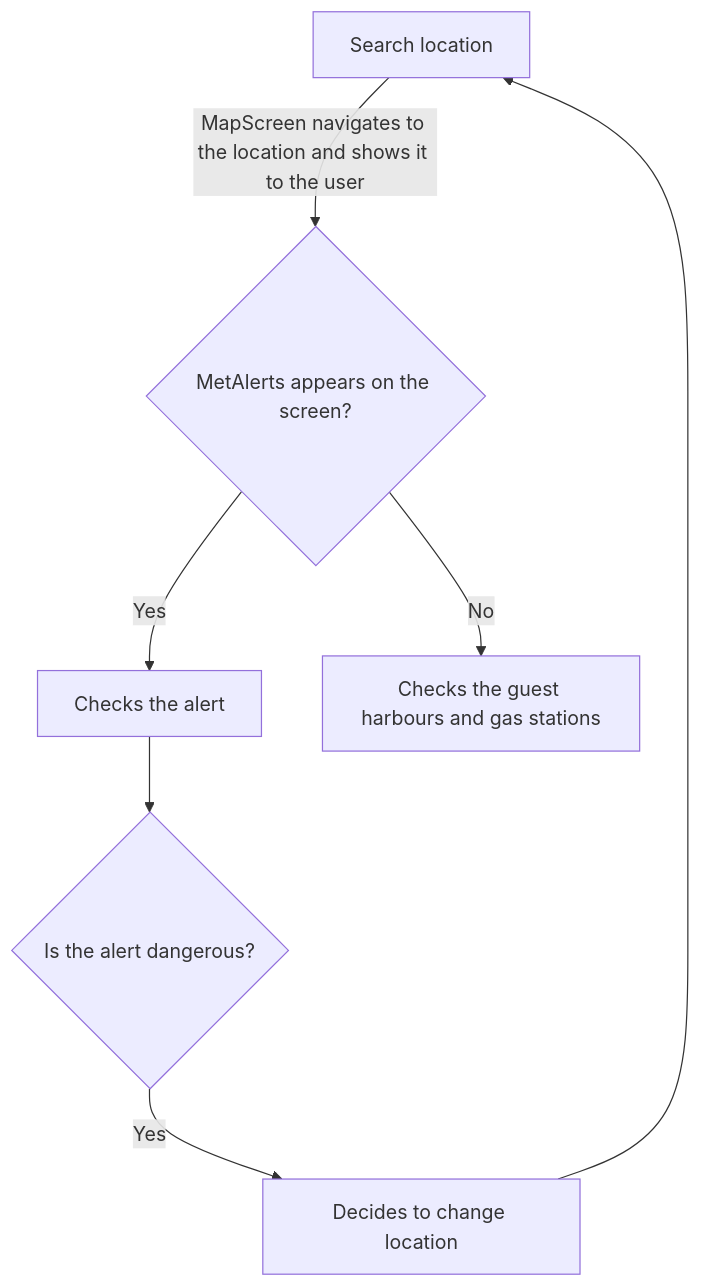
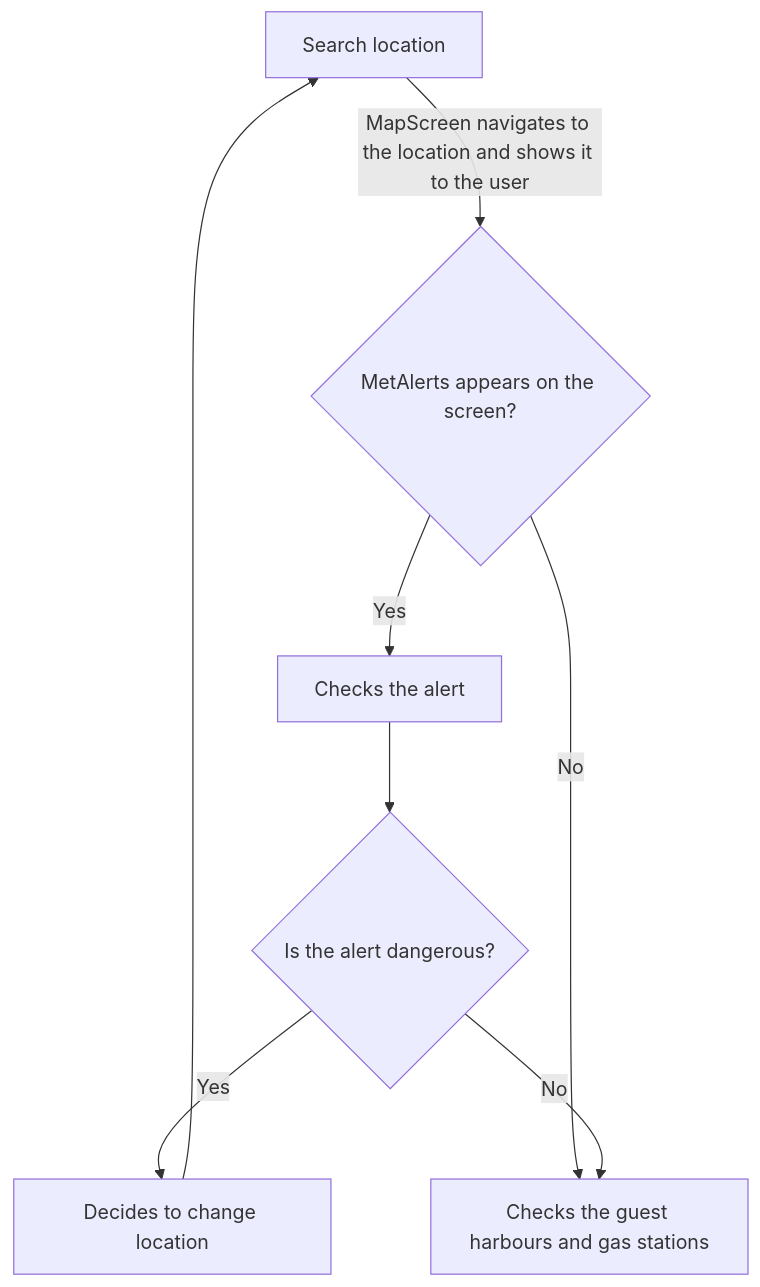
The second of 2 diagrams in MODELING.md (ronjainstanes/IN2000-student-project), drawn with Mermaid before and after one commit.

Commit message:
Activity diagram start test 16

````diff
--- a/MODELING.md
+++ b/MODELING.md
@@ -126,9 +126,10 @@
 ```mermaid
 flowchart 
 A[Search location] -->|MapScreen navigates to the location and shows it to the user| B{MetAlerts appears on the screen?}
 B -->|Yes| C[Checks the alert]
 B -->|No| D[Checks the guest harbours and gas stations]
 C--> E{Is the alert dangerous?}
 E-->|Yes| F[Decides to change location]
 F-->A
+E-->|No| D
 ```
````
